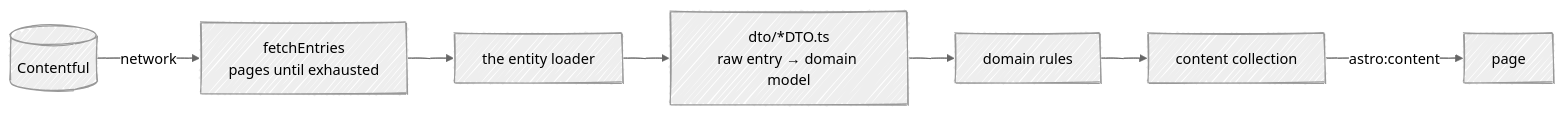
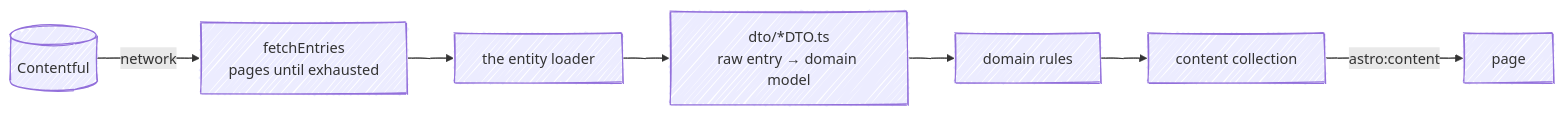
The diagram in docs/wiki/Content-Model.md (fbuireu/biancafiore), drawn with Mermaid before and after one commit. The commit also changed 2 other files, not shown here.

Commit message:
docs: make handDrawn diagrams readable in both colour modes
The handDrawn look fills a node with a rough.js hachure instead of a solid
area, so the label always sits on the page background rather than on the
node's fill. Pinning `theme: neutral` on top of that opted the diagrams out
of GitHub's automatic dark theme, so in dark mode a dark label landed on a
dark page showing through the hachure gaps.

Drop the pinned theme so labels follow the reader's colour mode, drop the
per-node fills that only ever rendered as texture, and carry the semantics
on the stroke instead, lightening the four darkest strokes so they keep
their contrast against a dark background.

````diff
--- a/docs/wiki/Content-Model.md
+++ b/docs/wiki/Content-Model.md
@@ -28,14 +28,13 @@
 ```mermaid
 ---
 config:
   look: handDrawn
-  theme: neutral
 ---
 flowchart LR
     cms[("Contentful")] -- "network" --> fetch["fetchEntries<br/>pages until exhausted"]
     fetch --> loader["the entity loader"]
     loader --> dto["dto/*DTO.ts<br/>raw entry → domain model"]
     dto --> rules["domain rules"]
     rules --> collection["content collection"]
     collection -- "astro:content" --> page["page"]
 ```
````
